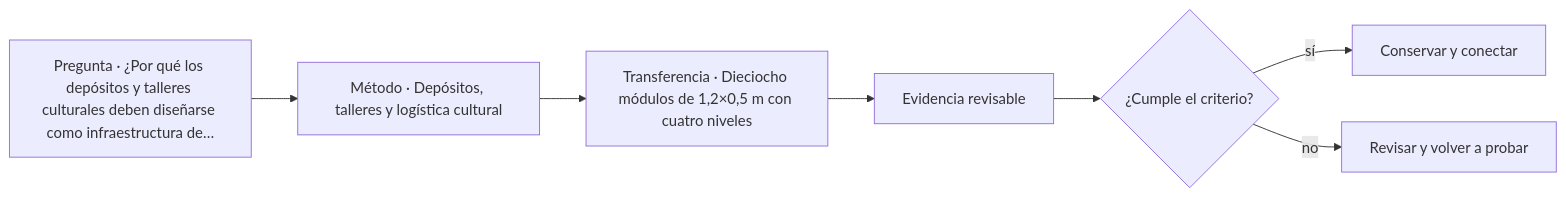
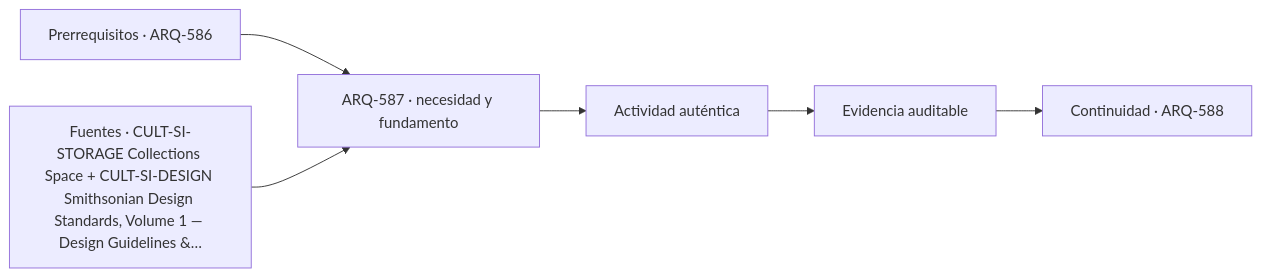
Before and after one commit to vladimiracunadev-create/architecture-built-environment-learning-program: the diagram in classes/parte-59/ARQ-587.md, drawn with Mermaid. The commit also changed other lines of this file and 761 other files, not shown here.

````diff
--- a/classes/parte-59/ARQ-587.md
+++ b/classes/parte-59/ARQ-587.md
@@ -93,9 +105,8 @@
 ```mermaid
 flowchart LR
-    Q["Pregunta · ¿Por qué los depósitos y talleres culturales deben diseñarse como infraestructura de…"] --> M["Método · Depósitos, talleres y logística cultural"]
-    M --> P["Transferencia · Dieciocho módulos de 1,2×0,5 m con cuatro niveles"]
-    P --> E["Evidencia revisable"]
-    E --> C{"¿Cumple el criterio?"}
-    C -->|sí| T["Conservar y conectar"]
-    C -->|no| R["Revisar y volver a probar"]
+    A["Prerrequisitos · ARQ-586"] --> B["ARQ-587 · necesidad y fundamento"]
+    S["Fuentes · CULT-SI-STORAGE Collections Space + CULT-SI-DESIGN Smithsonian Design Standards, Volume 1 — Design Guidelines &…"] --> B
+    B --> C["Actividad auténtica"]
+    C --> D["Evidencia auditable"]
+    D --> E["Continuidad · ARQ-588"]
 ```
````
